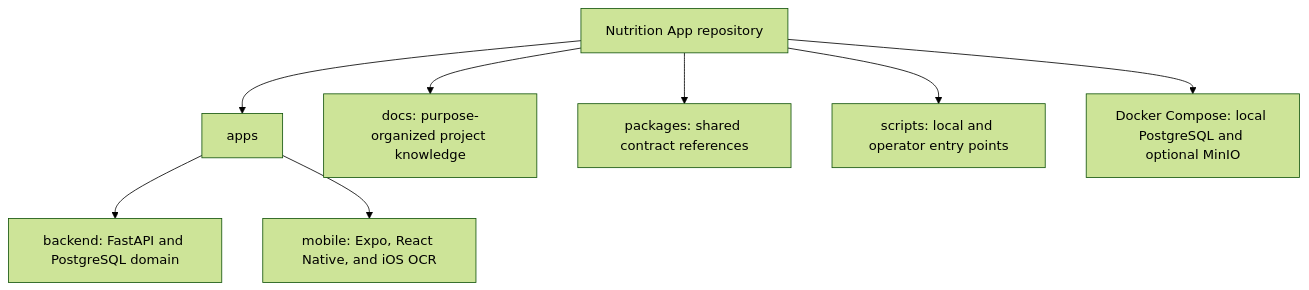
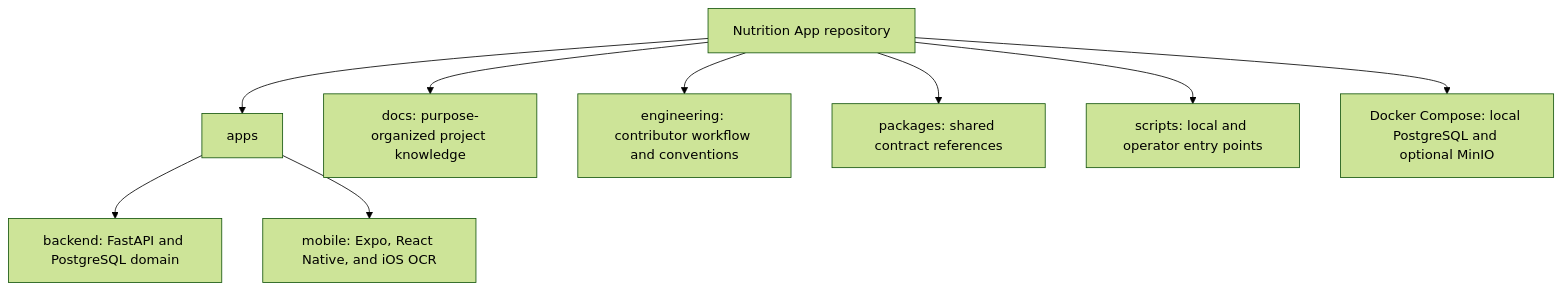
One commit to MitCaine/Nutrition-App changed the first of 2 diagrams in README.md. Above: the diagram before and after it, drawn with Mermaid (forest theme). The commit also changed other lines of this file and 12 other files, not shown here.

````diff
--- a/README.md
+++ b/README.md
@@ -16,10 +16,11 @@
 ```mermaid
 flowchart TD
     Repo["Nutrition App repository"] --> Apps["apps"]
     Apps --> Backend["backend: FastAPI and PostgreSQL domain"]
     Apps --> Mobile["mobile: Expo, React Native, and iOS OCR"]
     Repo --> Docs["docs: purpose-organized project knowledge"]
+    Repo --> Engineering["engineering: contributor workflow and conventions"]
     Repo --> Packages["packages: shared contract references"]
     Repo --> Scripts["scripts: local and operator entry points"]
     Repo --> Compose["Docker Compose: local PostgreSQL and optional MinIO"]
 ```
````
